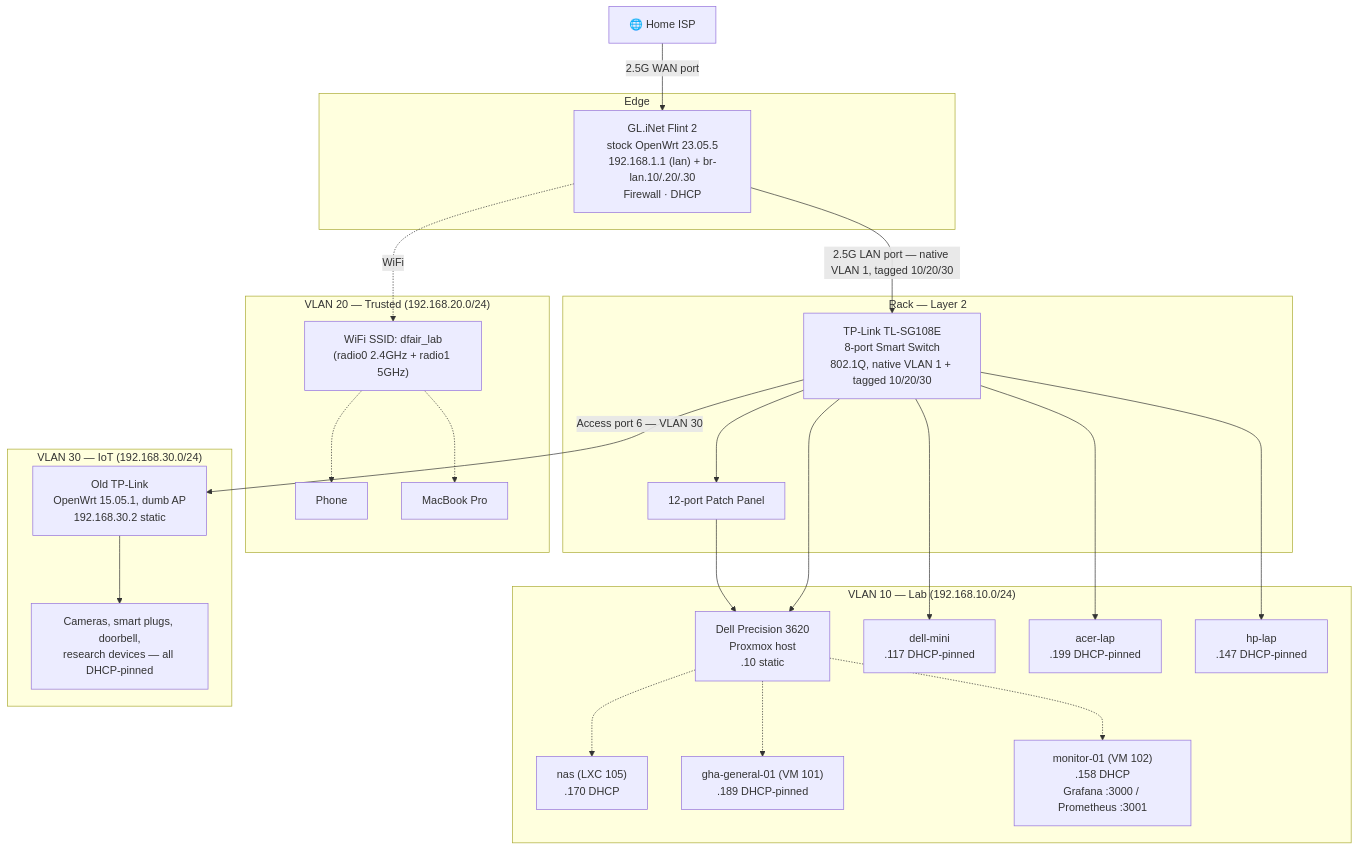
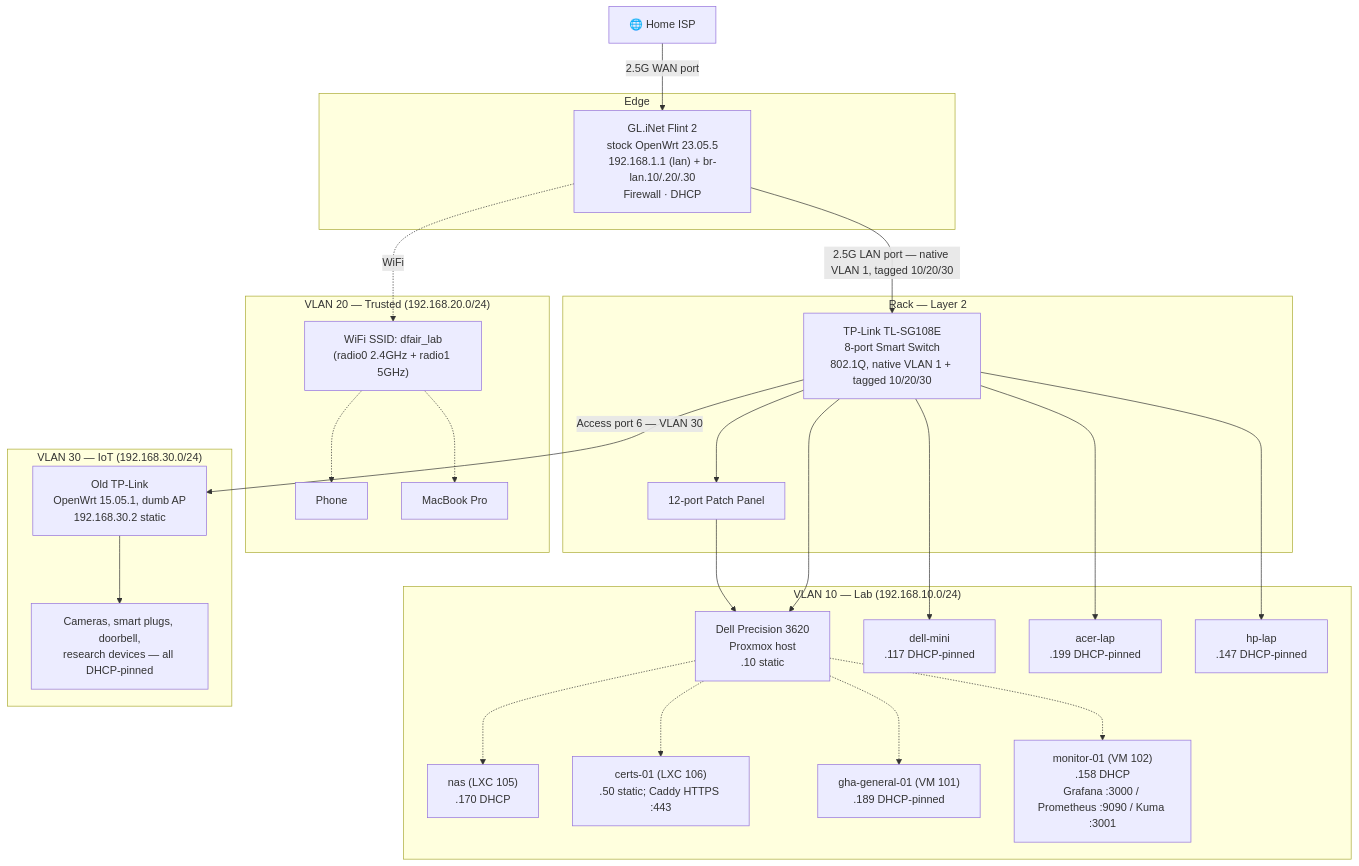
One commit to sethbarrett50/home_lab_docs changed the diagram in docs/networking/README.md. Above: the diagram before and after it, drawn with Mermaid. The commit also changed other lines of this file and 33 other files, not shown here.

````diff
--- a/docs/networking/README.md
+++ b/docs/networking/README.md
@@ -19,51 +19,53 @@
 ```mermaid
 graph TD
     WAN[🌐 Home ISP]
 
     subgraph Edge
         Router["GL.iNet Flint 2\nstock OpenWrt 23.05.5\n192.168.1.1 (lan) + br-lan.10/.20/.30\nFirewall · DHCP"]
     end
 
     subgraph "Rack — Layer 2"
         Switch["TP-Link TL-SG108E\n8-port Smart Switch\n802.1Q, native VLAN 1 + tagged 10/20/30"]
         Patch["12-port Patch Panel"]
     end
 
     subgraph "VLAN 10 — Lab (192.168.10.0/24)"
         PVE["Dell Precision 3620\nProxmox host\n.10 static"]
         NAS["nas (LXC 105)\n.170 DHCP"]
+        CERTS["certs-01 (LXC 106)\n.50 static; Caddy HTTPS :443"]
         GHA["gha-general-01 (VM 101)\n.189 DHCP-pinned"]
-        MON["monitor-01 (VM 102)\n.158 DHCP\nGrafana :3000 / Prometheus :3001"]
+        MON["monitor-01 (VM 102)\n.158 DHCP\nGrafana :3000 / Prometheus :9090 / Kuma :3001"]
         DELLMINI["dell-mini\n.117 DHCP-pinned"]
         ACERLAP["acer-lap\n.199 DHCP-pinned"]
         DEBIAN["hp-lap\n.147 DHCP-pinned"]
     end
 
     subgraph "VLAN 20 — Trusted (192.168.20.0/24)"
         SSID["WiFi SSID: dfair_lab\n(radio0 2.4GHz + radio1 5GHz)"]
         PHONE["Phone"]
         MBP["MacBook Pro"]
     end
 
     subgraph "VLAN 30 — IoT (192.168.30.0/24)"
         IoTAP["Old TP-Link\nOpenWrt 15.05.1, dumb AP\n192.168.30.2 static"]
         IOTDEV["Cameras, smart plugs, doorbell,\nresearch devices — all DHCP-pinned"]
     end
 
     WAN -->|"2.5G WAN port"| Router
     Router -->|"2.5G LAN port — native VLAN 1, tagged 10/20/30"| Switch
     Switch --> Patch
     Patch --> PVE
     Switch --> PVE
     Switch --> DELLMINI
     Switch --> ACERLAP
     Switch --> DEBIAN
     PVE -.-> NAS
+    PVE -.-> CERTS
     PVE -.-> GHA
     PVE -.-> MON
     Switch -->|"Access port 6 — VLAN 30"| IoTAP
     IoTAP --> IOTDEV
     Router -.->|"WiFi"| SSID
     SSID -.-> PHONE
     SSID -.-> MBP
 ```
````
